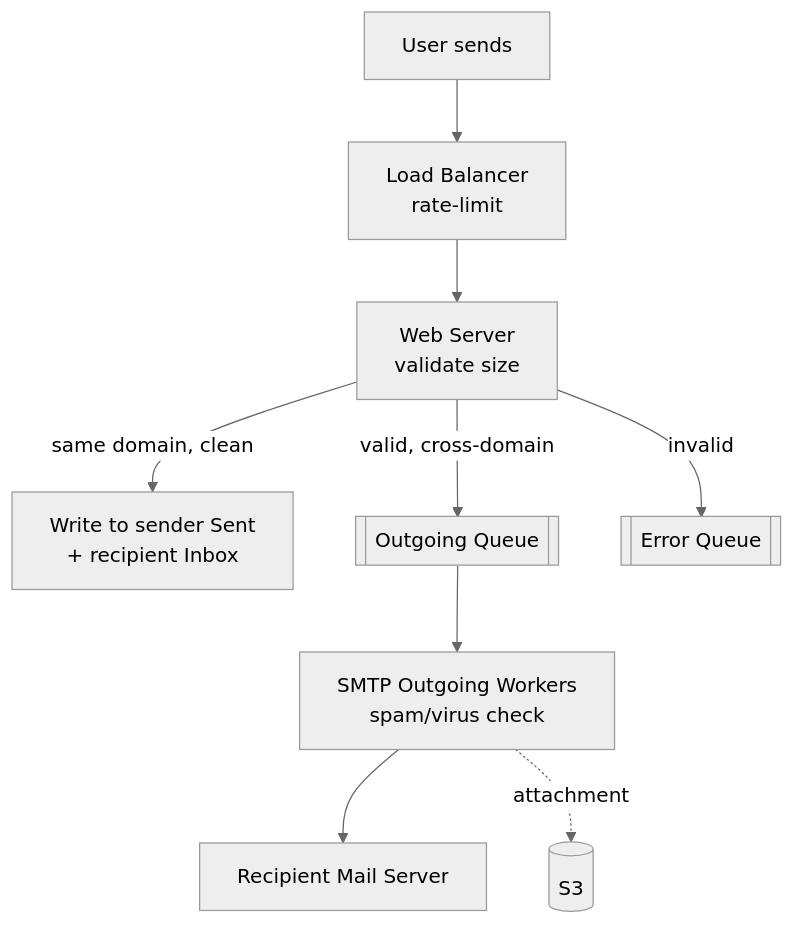
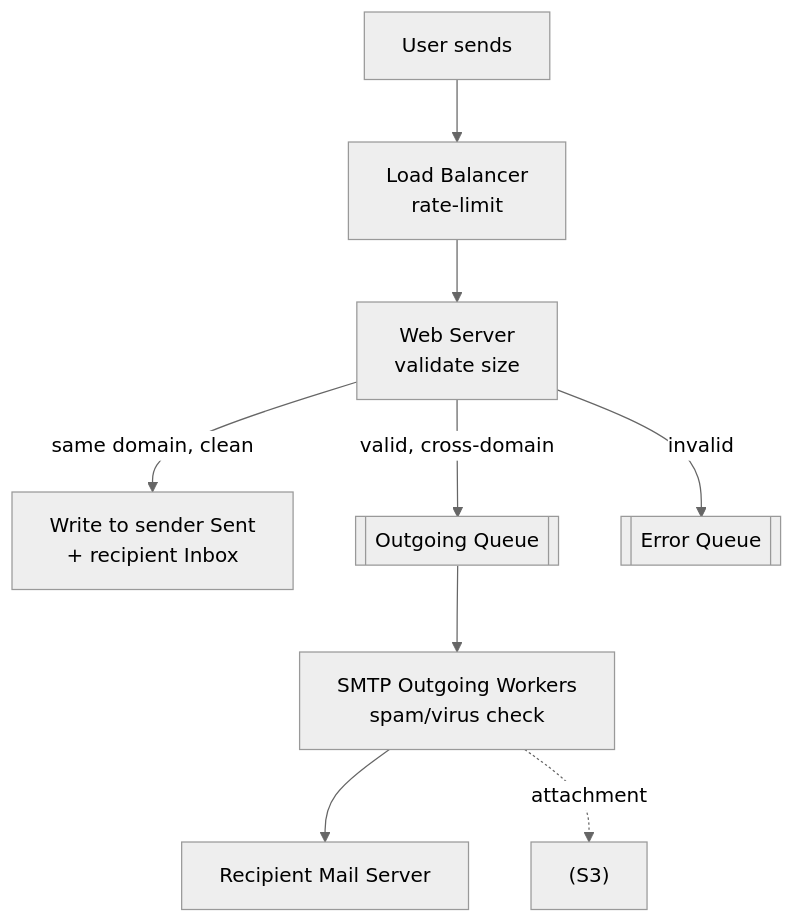
One commit to pankajThakur1874/studysheet changed the second of 5 diagrams in files/System-Design-Questions/24-distributed_email_service_system_design.md. Above: the diagram before and after it, drawn with Mermaid (neutral theme). The commit also changed other lines of this file and 102 other files, not shown here.

Commit message:
Auto-fix Mermaid diagram syntax across all study guides to prevent Syntax Error in Mermaid v10

````diff
--- a/files/System-Design-Questions/24-distributed_email_service_system_design.md
+++ b/files/System-Design-Questions/24-distributed_email_service_system_design.md
@@ -178,11 +178,11 @@
 ```mermaid
 flowchart TD
-    U[User sends] --> LB[Load Balancer<br/>rate-limit]
-    LB --> WEB[Web Server<br/>validate size]
-    WEB -->|same domain, clean| DIRECT[Write to sender Sent<br/>+ recipient Inbox]
+    U[User sends] --> LB["Load Balancer<br/>rate-limit"]
+    LB --> WEB["Web Server<br/>validate size"]
+    WEB -->|same domain, clean| DIRECT["Write to sender Sent<br/>+ recipient Inbox"]
     WEB -->|valid, cross-domain| OQ[[Outgoing Queue]]
     WEB -->|invalid| EQ[[Error Queue]]
-    OQ --> SW[SMTP Outgoing Workers<br/>spam/virus check]
+    OQ --> SW["SMTP Outgoing Workers<br/>spam/virus check"]
     SW --> RS[Recipient Mail Server]
-    SW -.attachment.-> S3[(S3)]
+    SW -.attachment.-> S3["(S3)"]
 ```
````
